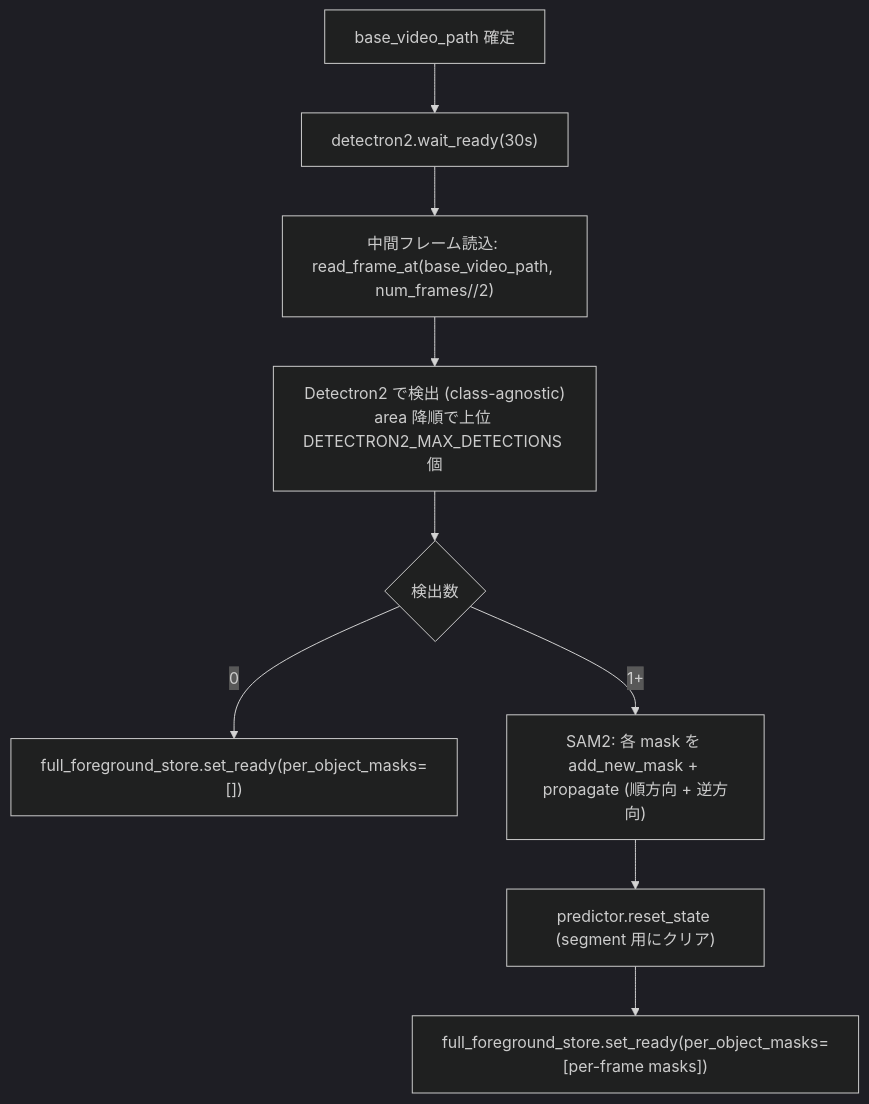
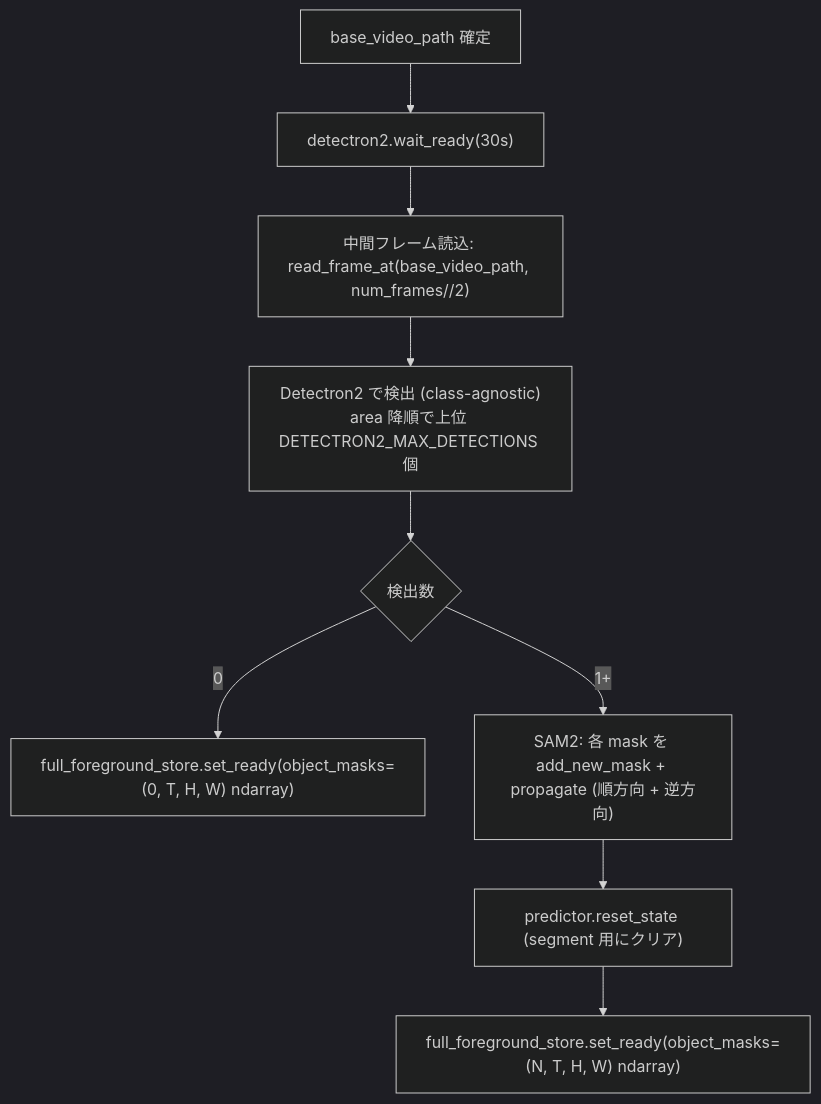
Before and after one commit to kanosawa/omnimatte-editor: the third of 4 diagrams in docs/spec/03-backend.md, drawn with Mermaid (dark theme). The commit also changed 4 other files, not shown here.

Commit message:
full_foreground.pyリファクタ（途中）

````diff
--- a/docs/spec/03-backend.md
+++ b/docs/spec/03-backend.md
@@ -393,11 +393,11 @@
 ```mermaid
 flowchart TB
     A[base_video_path 確定] --> B["detectron2.wait_ready(30s)"]
     B --> C["中間フレーム読込: read_frame_at(base_video_path, num_frames//2)"]
     C --> D["Detectron2 で検出 (class-agnostic)<br/>area 降順で上位 DETECTRON2_MAX_DETECTIONS 個"]
     D --> E{検出数}
-    E -- 0 --> F["full_foreground_store.set_ready(per_object_masks=[])"]
+    E -- 0 --> F["full_foreground_store.set_ready(object_masks=(0, T, H, W) ndarray)"]
     E -- "1+" --> G["SAM2: 各 mask を add_new_mask + propagate (順方向 + 逆方向)"]
     G --> H["predictor.reset_state (segment 用にクリア)"]
-    H --> I["full_foreground_store.set_ready(per_object_masks=[per-frame masks])"]
+    H --> I["full_foreground_store.set_ready(object_masks=(N, T, H, W) ndarray)"]
 ```
````
